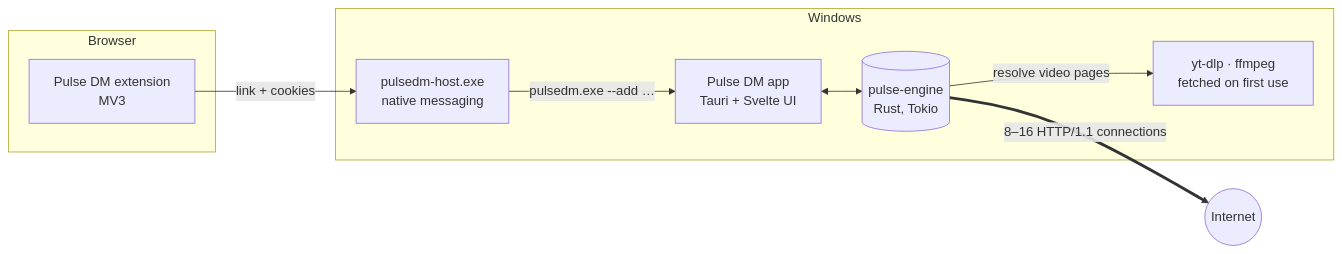
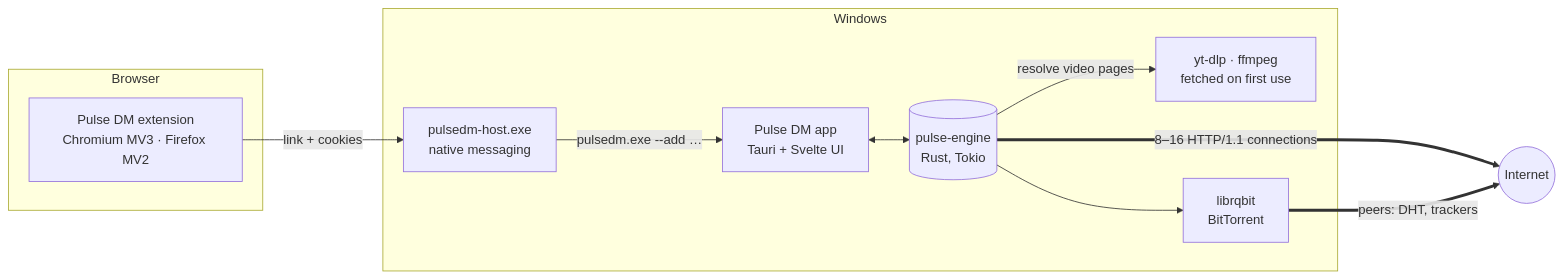
One commit to Burqk1/PulseDM changed the diagram in README.md. Above: the diagram before and after it, drawn with Mermaid. The commit also changed other lines of this file, not shown here.

Commit message:
Document BitTorrent, Firefox extension and release secrets in README

````diff
--- a/README.md
+++ b/README.md
@@ -108,17 +119,20 @@
 ```mermaid
 flowchart LR
     subgraph Browser
-        EXT[Pulse DM extension<br/>MV3]
+        EXT[Pulse DM extension<br/>Chromium MV3 · Firefox MV2]
     end
     subgraph Windows
         HOST[pulsedm-host.exe<br/>native messaging]
         APP[Pulse DM app<br/>Tauri + Svelte UI]
         ENG[(pulse-engine<br/>Rust, Tokio)]
         TOOLS[yt-dlp · ffmpeg<br/>fetched on first use]
+        BT[librqbit<br/>BitTorrent]
     end
     EXT -- "link + cookies" --> HOST
     HOST -- "pulsedm.exe --add …" --> APP
     APP <--> ENG
     ENG -- "resolve video pages" --> TOOLS
     ENG == "8–16 HTTP/1.1 connections" ==> NET((Internet))
+    ENG --> BT
+    BT == "peers: DHT, trackers" ==> NET
 ```
````
